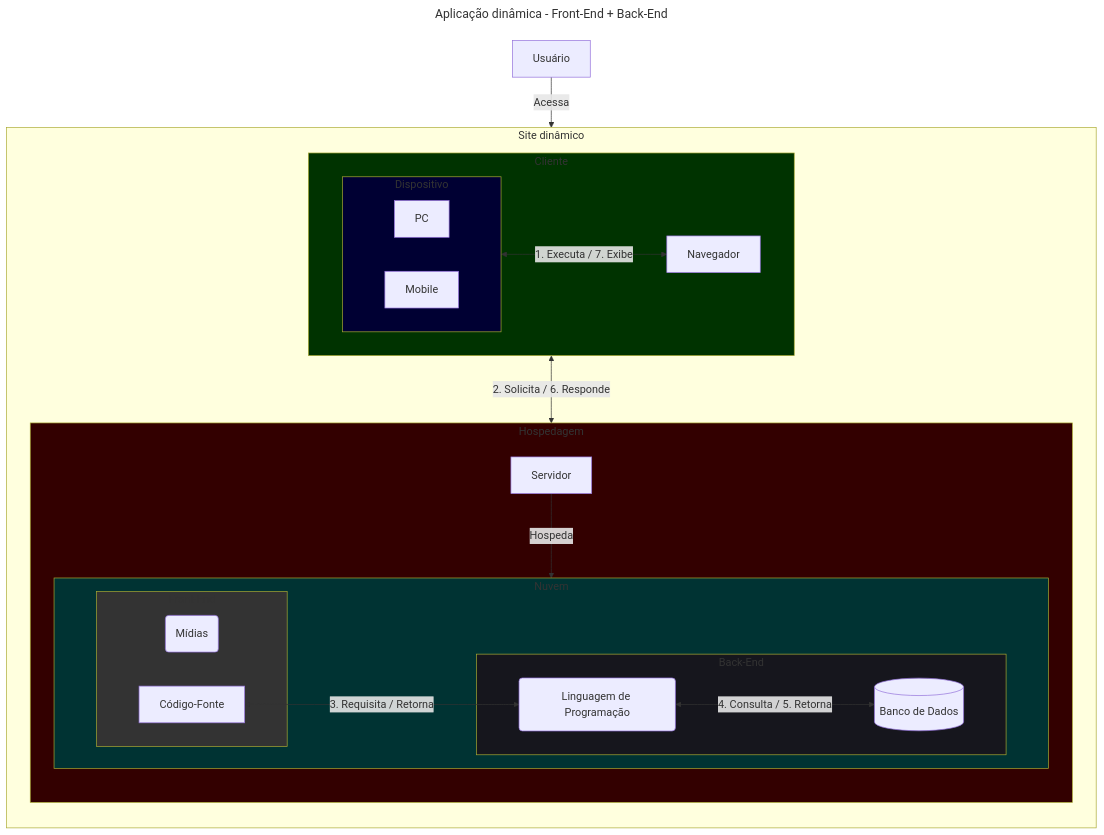
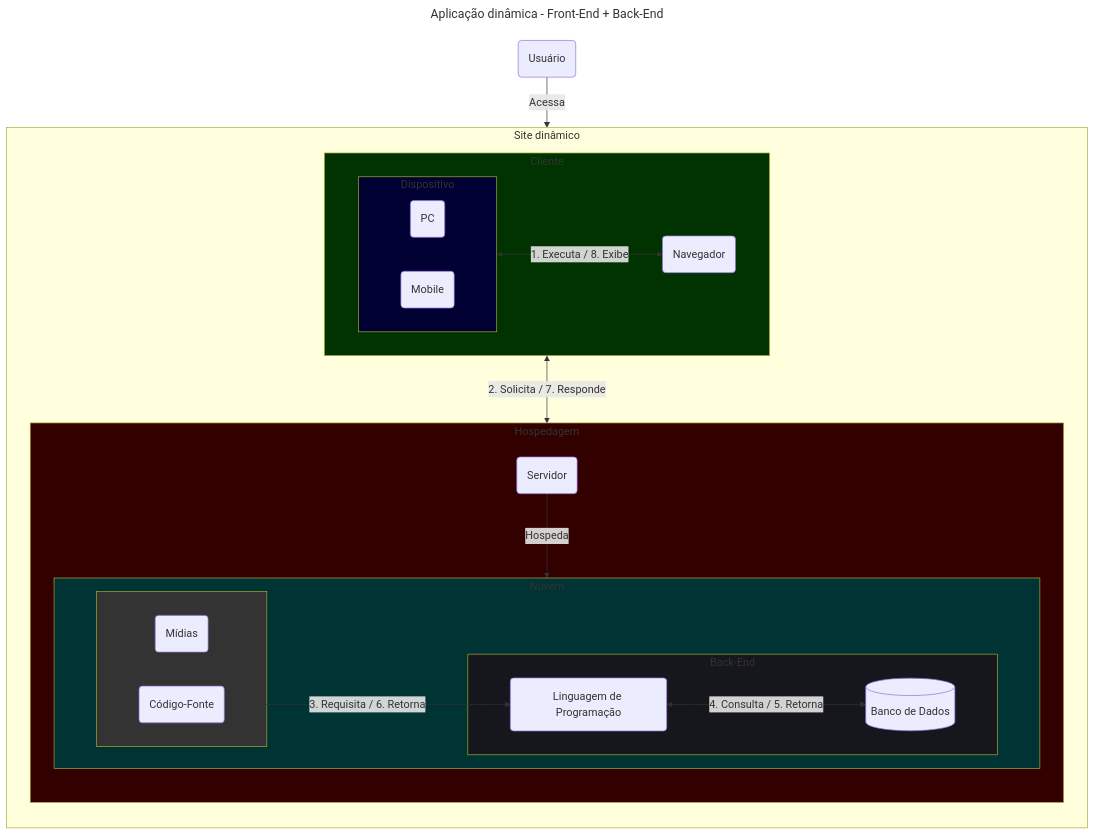
Before and after one commit to dev-alexmachado/guia_rapido_aplicacoes_web: the second of 3 diagrams in README.md, drawn with Mermaid. The commit also changed other lines of this file, not shown here.

Commit message:
Add: diagrama MVC

```diff
--- a/README.md
+++ b/README.md
@@ -97,48 +107,56 @@
 ~~~mermaid
 ---
 title: Aplicação dinâmica - Front-End + Back-End
 ---
 graph TD
-    Usuário -- Acessa --> Sistema
+    Usuário(Usuário)
 
     subgraph Sistema [Site dinâmico]
         direction TD
 
         subgraph Hospedagem
             direction TD
-            Servidor -- Hospeda --> Nuvem
+
+            Servidor(Servidor)
 
             subgraph Nuvem
             direction LR
+
                 subgraph Back-End
-                    Linguagem(Linguagem de Programação) <-- 4. Consulta / 5. Retorna --> BD[(Banco de Dados)]
+                    Linguagem(Linguagem de Programação)
+                    BD[(Banco de Dados)]
                 end
+
                 subgraph Front-End
                     Mídia(Mídias)
-                    Código-Fonte
+                    Código-Fonte(Código-Fonte)
                 end
-
-                Código-Fonte <-- 3. Requisita / Retorna --> Linguagem
             end
         end
 
-        Cliente <-- 2. Solicita / 6. Responde --> Hospedagem
-
         subgraph Cliente
             direction LR
+
+            Navegador(Navegador)
+
             subgraph Dispositivo
-                PC
-                Mobile
+                PC(PC)
+                Mobile(Mobile)
             end
-            
-            Dispositivo <-- 1. Executa / 7. Exibe --> Navegador
         end
     end
+
+    Usuário -- Acessa --> Sistema
+    Dispositivo <-- 1. Executa / 8. Exibe --> Navegador
+    Cliente <-- 2. Solicita / 7. Responde --> Hospedagem
+    Código-Fonte <-- 3. Requisita / 6. Retorna --> Linguagem
+    Linguagem <-- 4. Consulta / 5. Retorna --> BD
+    Servidor -- Hospeda --> Nuvem
 
     style Cliente fill: #030
     style Dispositivo fill: #003
     style Hospedagem fill: #300
     style Nuvem fill: #033
     style Front-End fill: #333
     style Back-End fill: #16161d
 ~~~
```
